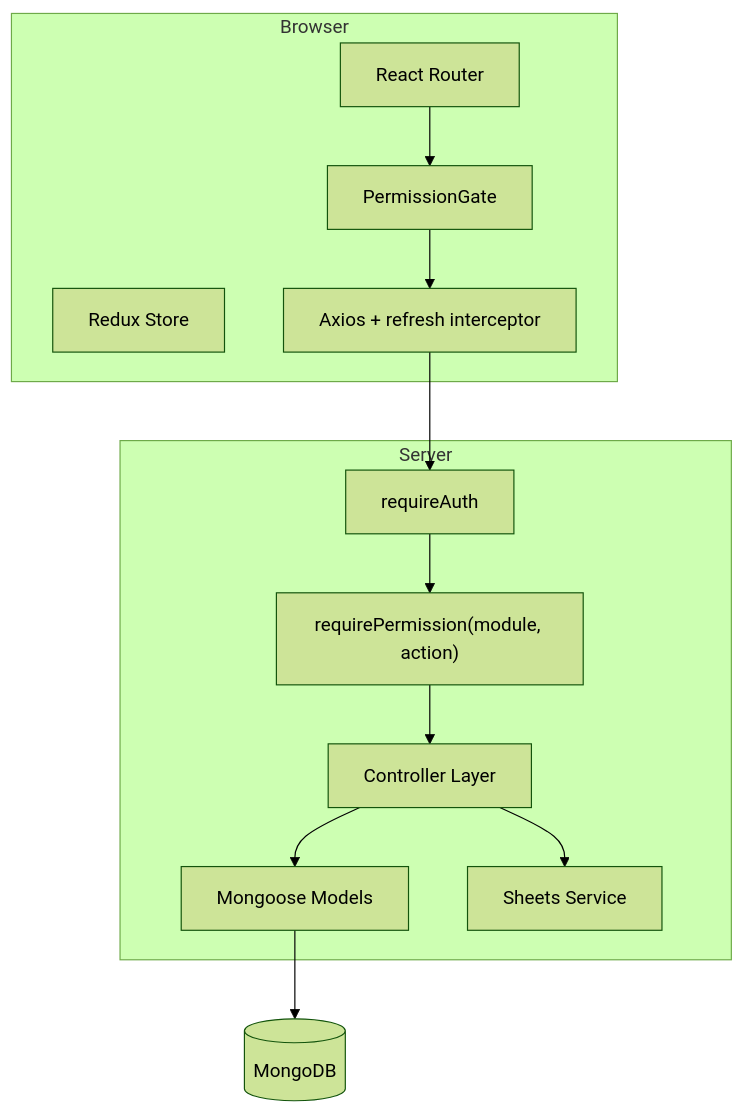
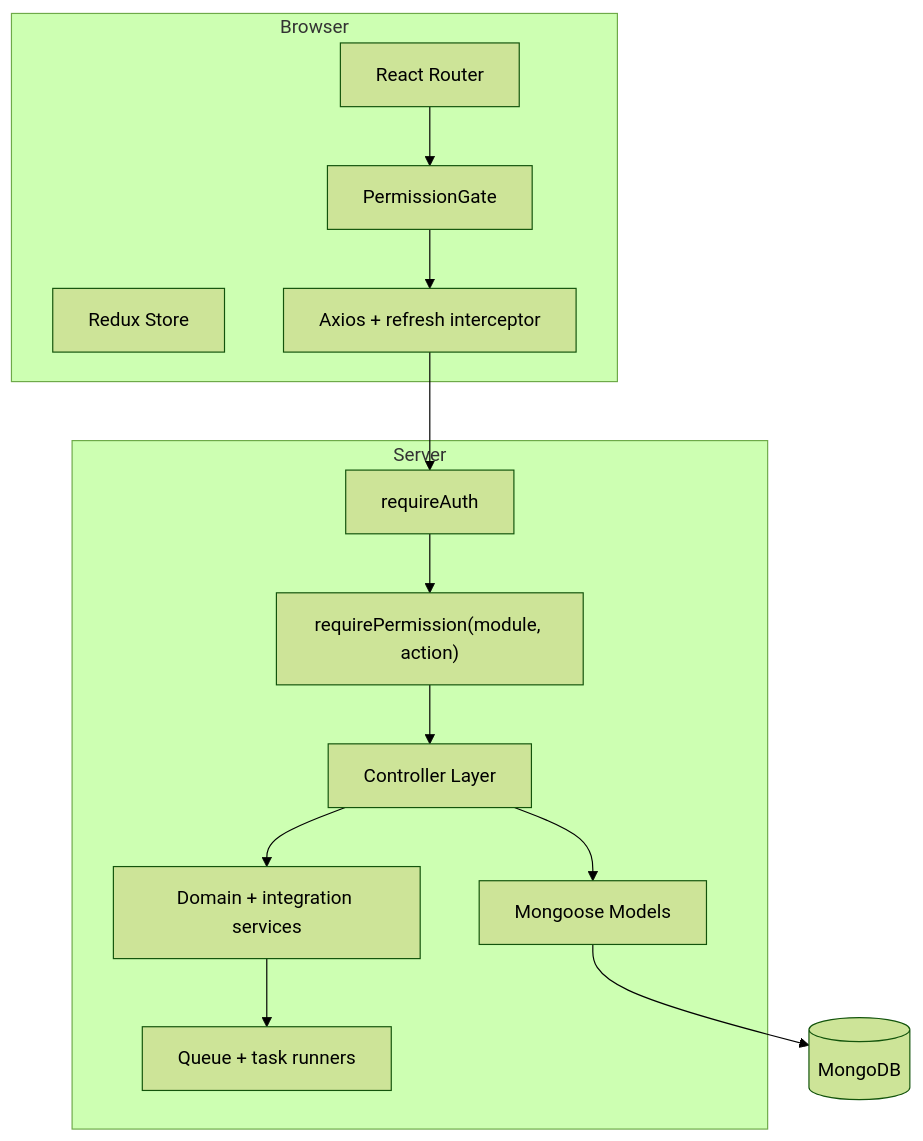
One commit to comp596-spring-2026/RetailSync changed the second of 3 diagrams in docs/architecture/system-overview.md. Above: the diagram before and after it, drawn with Mermaid (forest theme). The commit also changed other lines of this file and 54 other files, not shown here.

````diff
--- a/docs/architecture/system-overview.md
+++ b/docs/architecture/system-overview.md
@@ -22,21 +32,23 @@
 ```mermaid
 flowchart TD
   subgraph Browser
     Router["React Router"]
     Store["Redux Store"]
     Guard["PermissionGate"]
     Axios["Axios + refresh interceptor"]
   end
 
   subgraph Server
     Auth["requireAuth"]
     Perm["requirePermission(module, action)"]
     Ctrl["Controller Layer"]
     Models["Mongoose Models"]
-    Sheets["Sheets Service"]
+    Services["Domain + integration services"]
+    Jobs["Queue + task runners"]
   end
 
   Router --> Guard --> Axios --> Auth --> Perm --> Ctrl --> Models
-  Ctrl --> Sheets
+  Ctrl --> Services
+  Services --> Jobs
   Models --> DB[("MongoDB")]
 ```
````
